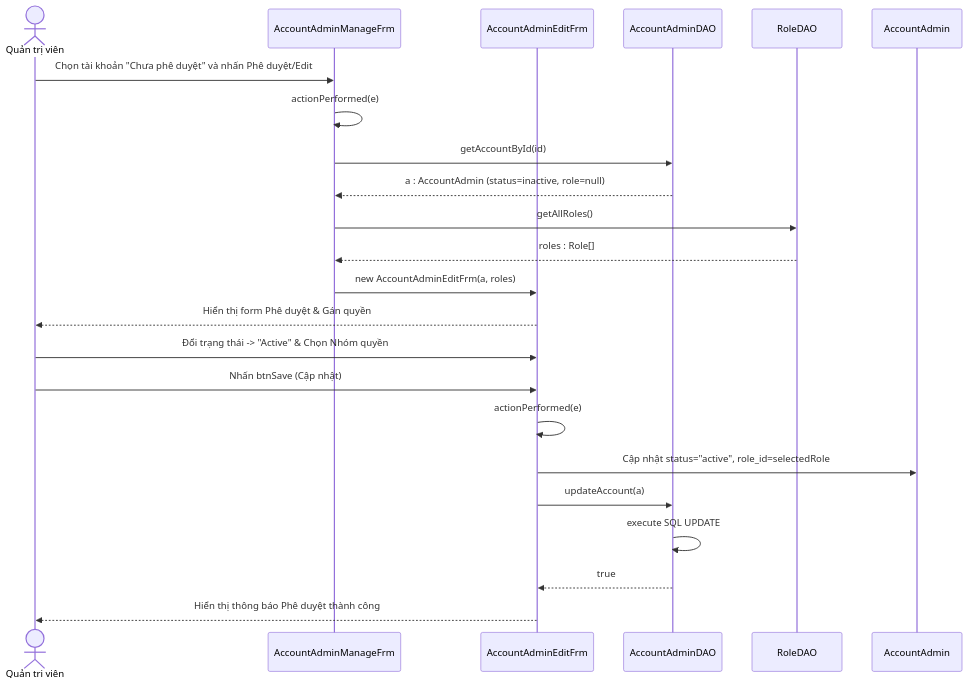
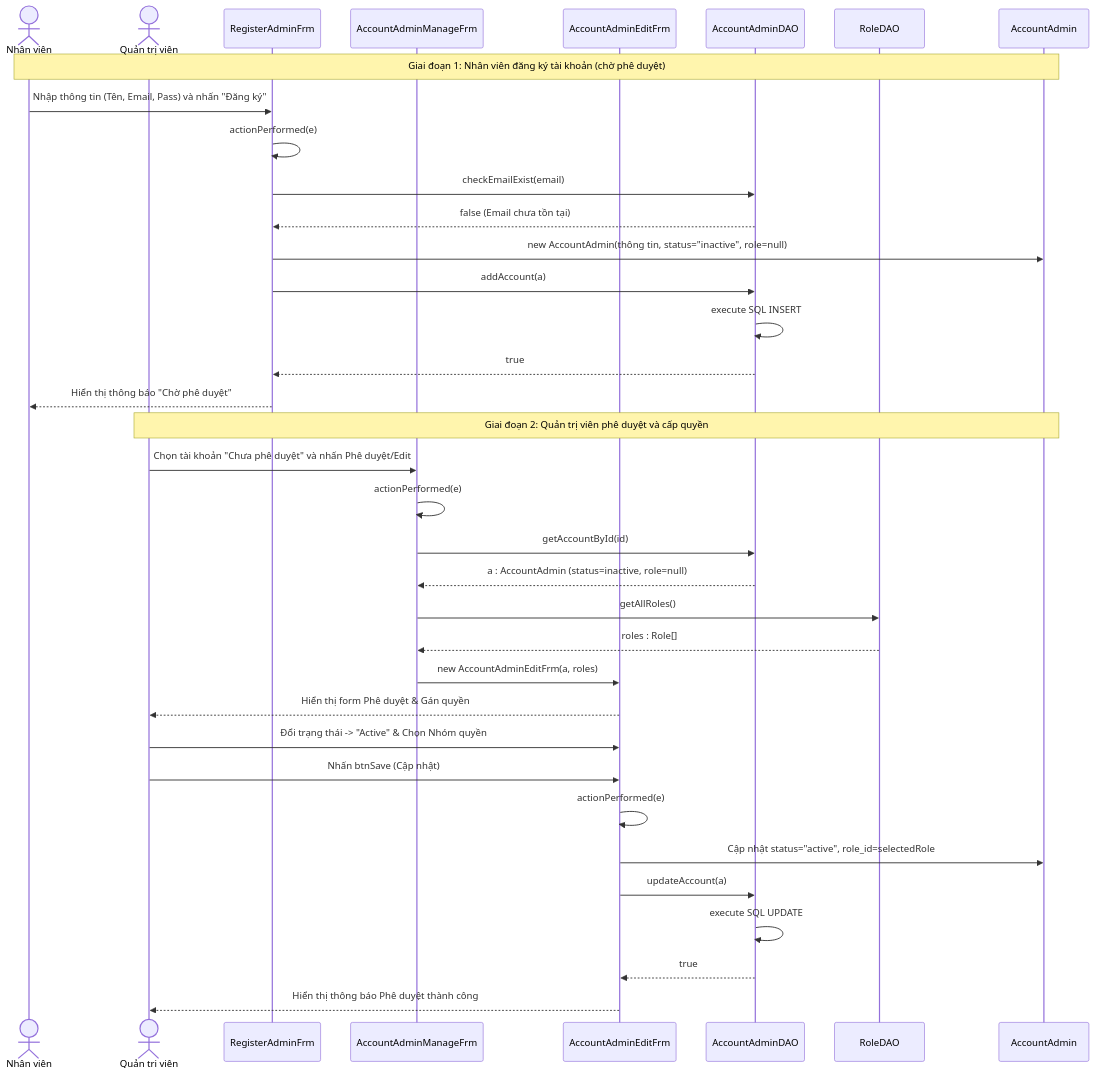
Before and after one commit to Hieuit04/Travel-Tour-Booking: diagram 48 of 49 in SYSTEM_DESIGN_ADMIN_SETTING_PROFILE.md, drawn with Mermaid. The commit also changed other lines of this file and 8 other files, not shown here.

Commit message:
hiển thị dữ liệu ra trang giỏ hàng

````diff
--- a/SYSTEM_DESIGN_ADMIN_SETTING_PROFILE.md
+++ b/SYSTEM_DESIGN_ADMIN_SETTING_PROFILE.md
@@ -2625,30 +2624,45 @@
 ```mermaid
 sequenceDiagram
+    actor Employee as Nhân viên
     actor Admin as Quản trị viên
+    participant RegFrm as RegisterAdminFrm
     participant AMF as AccountAdminManageFrm
     participant AEF as AccountAdminEditFrm
     participant ADAO as AccountAdminDAO
     participant RDAO as RoleDAO
     participant A as AccountAdmin
 
+    Note over Employee, A: Giai đoạn 1: Nhân viên đăng ký tài khoản (chờ phê duyệt)
+    Employee->>RegFrm: Nhập thông tin (Tên, Email, Pass) và nhấn "Đăng ký"
+    RegFrm->>RegFrm: actionPerformed(e)
+    RegFrm->>ADAO: checkEmailExist(email)
+    ADAO-->>RegFrm: false (Email chưa tồn tại)
+    
+    RegFrm->>A: new AccountAdmin(thông tin, status="inactive", role=null)
+    RegFrm->>ADAO: addAccount(a)
+    ADAO->>ADAO: execute SQL INSERT
+    ADAO-->>RegFrm: true
+    RegFrm-->>Employee: Hiển thị thông báo "Chờ phê duyệt"
+
+    Note over Admin, A: Giai đoạn 2: Quản trị viên phê duyệt và cấp quyền
     Admin->>AMF: Chọn tài khoản "Chưa phê duyệt" và nhấn Phê duyệt/Edit
     AMF->>AMF: actionPerformed(e)
     AMF->>ADAO: getAccountById(id)
     ADAO-->>AMF: a : AccountAdmin (status=inactive, role=null)
     
     AMF->>RDAO: getAllRoles()
     RDAO-->>AMF: roles : Role[]
     
     AMF->>AEF: new AccountAdminEditFrm(a, roles)
     AEF-->>Admin: Hiển thị form Phê duyệt & Gán quyền
 
     Admin->>AEF: Đổi trạng thái -> "Active" & Chọn Nhóm quyền
     Admin->>AEF: Nhấn btnSave (Cập nhật)
     AEF->>AEF: actionPerformed(e)
     
     AEF->>A: Cập nhật status="active", role_id=selectedRole
     AEF->>ADAO: updateAccount(a)
     ADAO->>ADAO: execute SQL UPDATE
     ADAO-->>AEF: true
     AEF-->>Admin: Hiển thị thông báo Phê duyệt thành công
 ```
````
